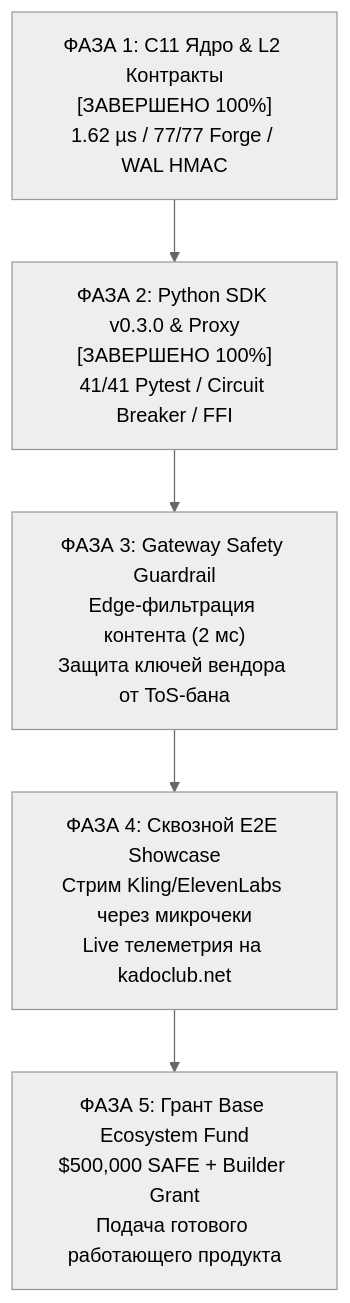
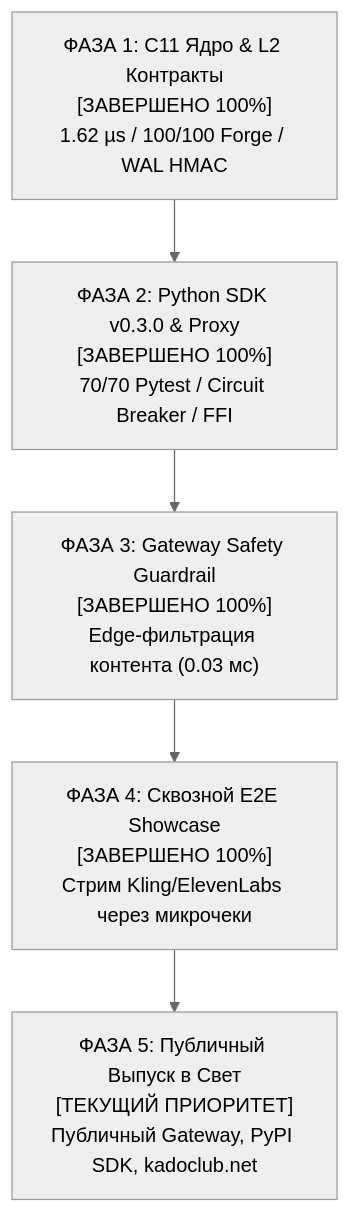
Before and after one commit to Poxcoin/causal-slash: the diagram in docs/research/PRODUCTION_GATEWAY_IMPLEMENTATION_PLAN.md, drawn with Mermaid (neutral theme). The commit also changed other lines of this file and 3 other files, not shown here.

Commit message:
docs(research): update research roadmap and milestones to production launch

````diff
--- a/docs/research/PRODUCTION_GATEWAY_IMPLEMENTATION_PLAN.md
+++ b/docs/research/PRODUCTION_GATEWAY_IMPLEMENTATION_PLAN.md
@@ -25,10 +25,10 @@
 ```mermaid
 flowchart TD
-    P1["ФАЗА 1: C11 Ядро & L2 Контракты<br/>[ЗАВЕРШЕНО 100%]<br/>1.62 µs / 77/77 Forge / WAL HMAC"]
-    P2["ФАЗА 2: Python SDK v0.3.0 & Proxy<br/>[ЗАВЕРШЕНО 100%]<br/>41/41 Pytest / Circuit Breaker / FFI"]
-    P3["ФАЗА 3: Gateway Safety Guardrail<br/>Edge-фильтрация контента (2 мс)<br/>Защита ключей вендора от ToS-бана"]
-    P4["ФАЗА 4: Сквозной E2E Showcase<br/>Стрим Kling/ElevenLabs через микрочеки<br/>Live телеметрия на kadoclub.net"]
-    P5["ФАЗА 5: Грант Base Ecosystem Fund<br/>$500,000 SAFE + Builder Grant<br/>Подача готового работающего продукта"]
+    P1["ФАЗА 1: C11 Ядро & L2 Контракты<br/>[ЗАВЕРШЕНО 100%]<br/>1.62 µs / 100/100 Forge / WAL HMAC"]
+    P2["ФАЗА 2: Python SDK v0.3.0 & Proxy<br/>[ЗАВЕРШЕНО 100%]<br/>70/70 Pytest / Circuit Breaker / FFI"]
+    P3["ФАЗА 3: Gateway Safety Guardrail<br/>[ЗАВЕРШЕНО 100%]<br/>Edge-фильтрация контента (0.03 мс)"]
+    P4["ФАЗА 4: Сквозной E2E Showcase<br/>[ЗАВЕРШЕНО 100%]<br/>Стрим Kling/ElevenLabs через микрочеки"]
+    P5["ФАЗА 5: Публичный Выпуск в Свет<br/>[ТЕКУЩИЙ ПРИОРИТЕТ]<br/>Публичный Gateway, PyPI SDK, kadoclub.net"]
 
     P1 --> P2 --> P3 --> P4 --> P5
 ```
````
